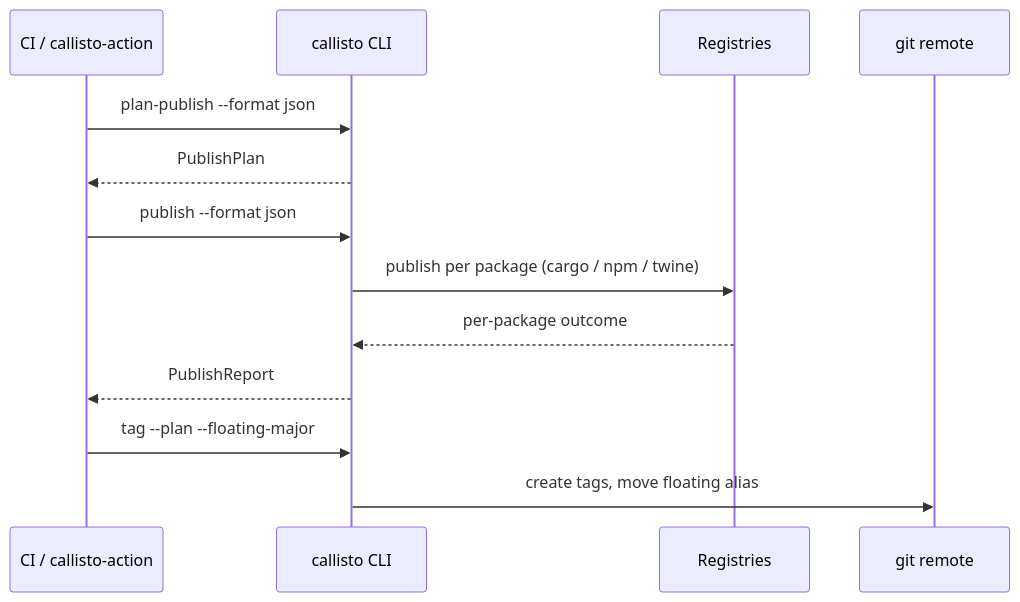
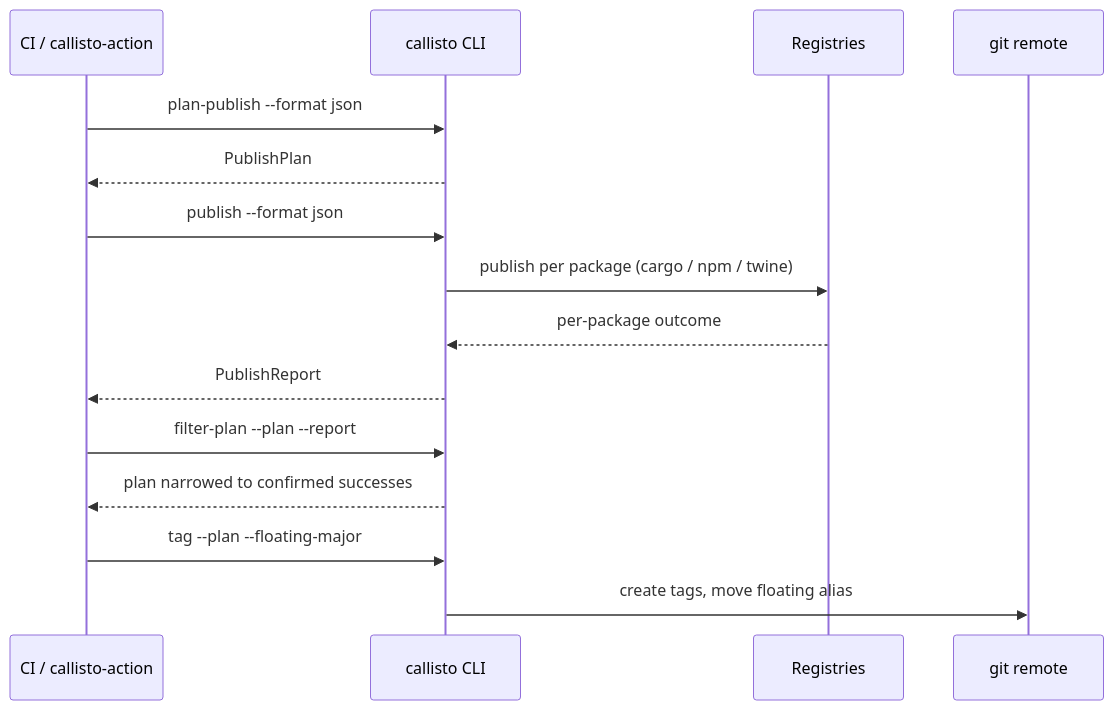
Before and after one commit to orin-dx/callisto: the first of 2 diagrams in README.md, drawn with Mermaid. The commit also changed other lines of this file and 1 other file, not shown here.

Commit message:
docs: add filter-plan to the publish flow, document npm platform/main split (#35)

````diff
--- a/README.md
+++ b/README.md
@@ -117,16 +121,18 @@
 ```mermaid
 sequenceDiagram
   participant CI as CI / callisto-action
   participant CLI as callisto CLI
   participant Reg as Registries
   participant Git as git remote
 
   CI->>CLI: plan-publish --format json
   CLI-->>CI: PublishPlan
   CI->>CLI: publish --format json
   CLI->>Reg: publish per package (cargo / npm / twine)
   Reg-->>CLI: per-package outcome
   CLI-->>CI: PublishReport
+  CI->>CLI: filter-plan --plan --report
+  CLI-->>CI: plan narrowed to confirmed successes
   CI->>CLI: tag --plan --floating-major
   CLI->>Git: create tags, move floating alias
 ```
````
